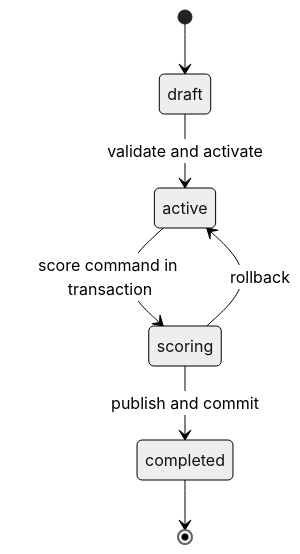
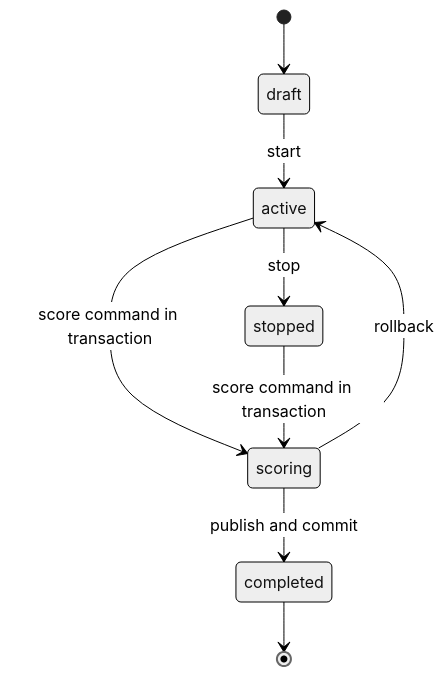
The second of 3 diagrams in docs/data-model.md (BigZet/AMLautosim), drawn with Mermaid (neutral theme) before and after one commit. The commit also changed other lines of this file and 83 other files, not shown here.

````diff
--- a/docs/data-model.md
+++ b/docs/data-model.md
@@ -277,9 +291,11 @@
 ```mermaid
 stateDiagram-v2
     [*] --> draft
-    draft --> active: validate and activate
+    draft --> active: start
+    active --> stopped: stop
     active --> scoring: score command in transaction
+    stopped --> scoring: score command in transaction
     scoring --> completed: publish and commit
     scoring --> active: rollback
     completed --> [*]
 ```
````
